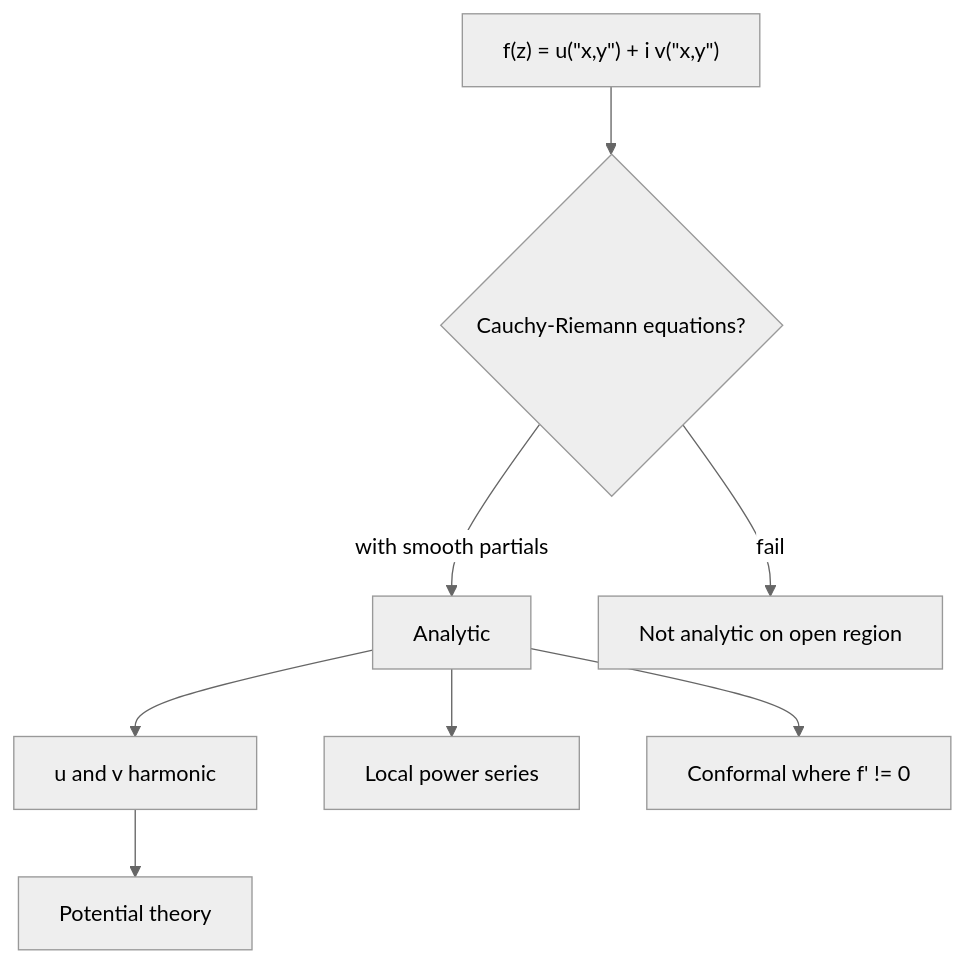
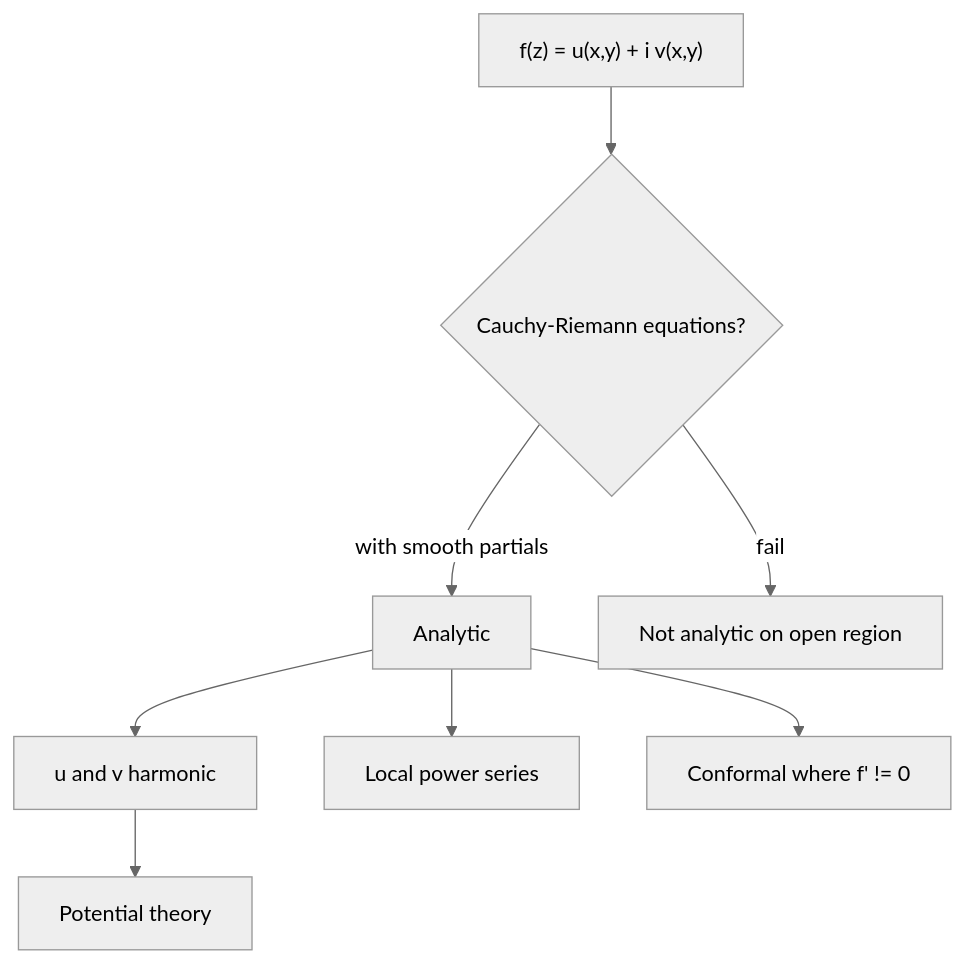
Before and after one commit to justinbrianhwang/SJ-wiki: the diagram in docs/math/engineering-math/complex-functions-and-analyticity.md, drawn with Mermaid (neutral theme). The commit also changed 83 other files, not shown here.

Commit message:
Fix Mermaid #quot; artifacts from broken sanitizer + add fix-mermaid-broken-quot.py tool (77 files repaired)

````diff
--- a/docs/math/engineering-math/complex-functions-and-analyticity.md
+++ b/docs/math/engineering-math/complex-functions-and-analyticity.md
@@ -104,10 +104,10 @@
 ```mermaid
 flowchart TD
-  A["f(z) = u(#quot;x,y#quot;) + i v(#quot;x,y#quot;)"] --> B{"Cauchy-Riemann equations?"}
+  A["f(z) = u(x,y) + i v(x,y)"] --> B{"Cauchy-Riemann equations?"}
   B -->|with smooth partials| C[Analytic]
   C --> D[u and v harmonic]
   C --> E[Local power series]
   C --> F["Conformal where f' != 0"]
   B -->|fail| G[Not analytic on open region]
   D --> H[Potential theory]
 ```
````
